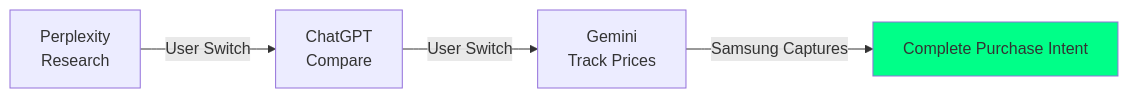
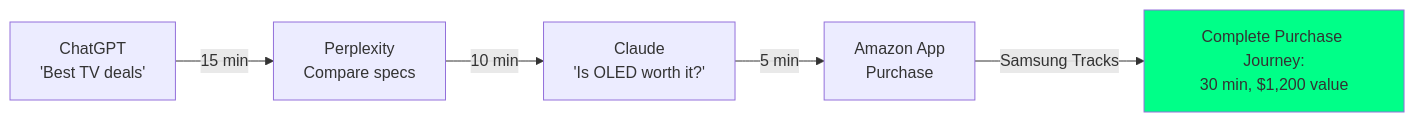
Before and after one commit to yxl74/AI_PITCH: the sixth of 12 diagrams in pitch.md, drawn with Mermaid. The commit also changed other lines of this file, not shown here.

````diff
--- a/pitch.md
+++ b/pitch.md
@@ -233,8 +235,9 @@
 ```mermaid
 graph LR
-    A[Perplexity<br/>Research] -->|User Switch| B[ChatGPT<br/>Compare]
-    B -->|User Switch| C[Gemini<br/>Track Prices]
-    C -->|Samsung Captures| D[Complete Purchase Intent]
+    A[ChatGPT<br/>'Best TV deals'] -->|15 min| B[Perplexity<br/>Compare specs]
+    B -->|10 min| C[Claude<br/>'Is OLED worth it?']
+    C -->|5 min| D[Amazon App<br/>Purchase]
+    D -->|Samsung Tracks| E[Complete Purchase Journey:<br/>30 min, $1,200 value]
     
-    style D fill:#00ff88
+    style E fill:#00ff88
 ```
````
